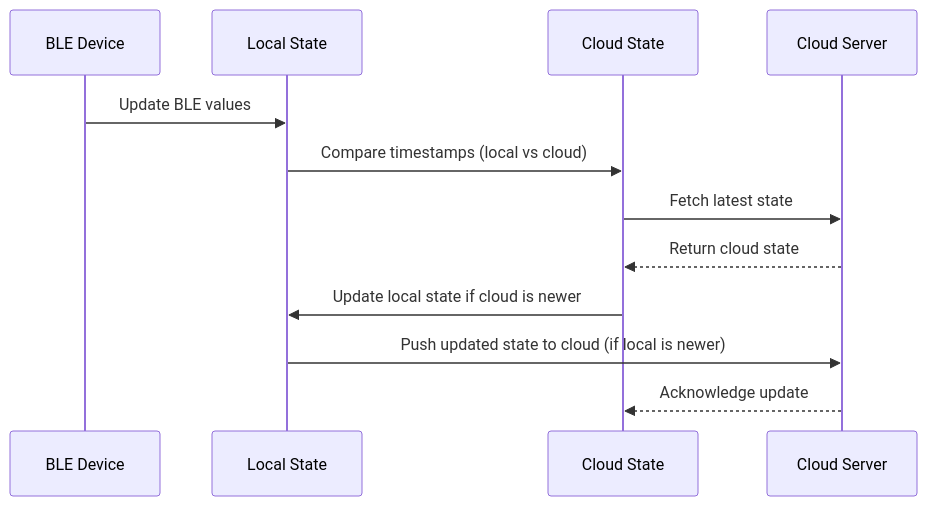
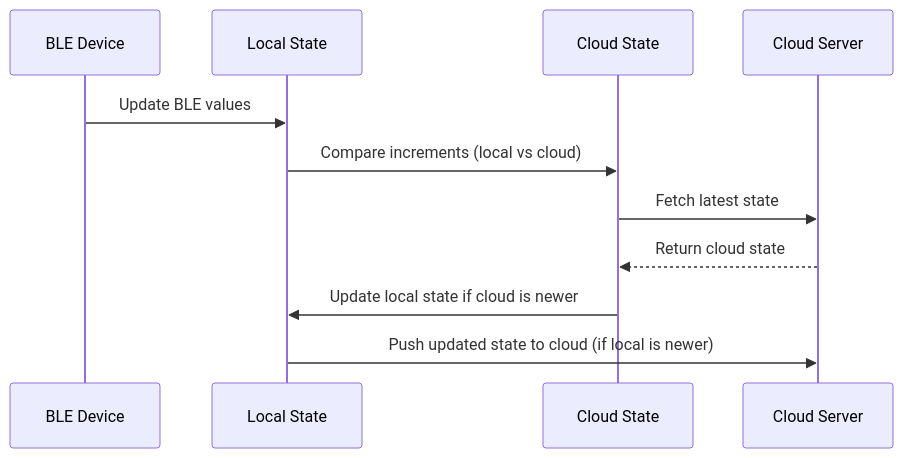
One commit to EmilioAtZoi/StateManagementPoC changed the first of 3 diagrams in README.md. Above: the diagram before and after it, drawn with Mermaid. The commit also changed other lines of this file, not shown here.

Commit message:
Improve flowchart

````diff
--- a/README.md
+++ b/README.md
@@ -47,15 +51,14 @@
 ```mermaid
 sequenceDiagram
     participant BLEDevice as BLE Device
     participant LocalState as Local State
     participant CloudState as Cloud State
     participant Cloud as Cloud Server
 
     BLEDevice->>LocalState: Update BLE values
-    LocalState->>CloudState: Compare timestamps (local vs cloud)
+    LocalState->>CloudState: Compare increments (local vs cloud)
     CloudState->>Cloud: Fetch latest state
     Cloud-->>CloudState: Return cloud state
     CloudState->>LocalState: Update local state if cloud is newer
     LocalState->>Cloud: Push updated state to cloud (if local is newer)
-    Cloud-->>CloudState: Acknowledge update
 ```
````
